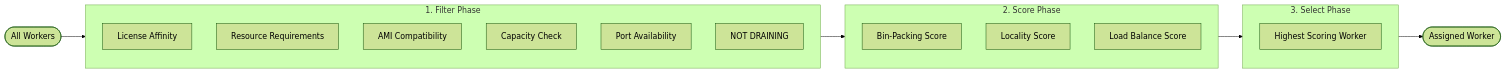
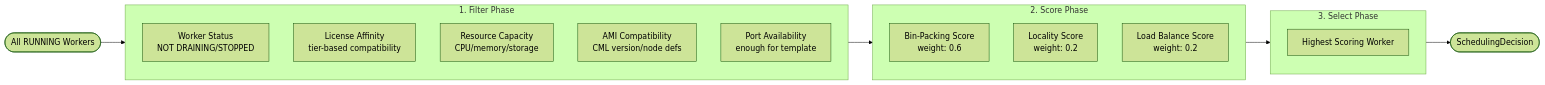
The fourth of 6 diagrams in docs/architecture/components/resource-scheduler/index.md (bvandewe/cml-cloud-manager), drawn with Mermaid (forest theme) before and after one commit. The commit also changed other lines of this file and 689 other files, not shown here.

````diff
--- a/docs/architecture/components/resource-scheduler/index.md
+++ b/docs/architecture/components/resource-scheduler/index.md
@@ -114,26 +166,25 @@
 ```mermaid
 flowchart LR
     subgraph Filter ["1. Filter Phase"]
-        F1[License Affinity]
-        F2[Resource Requirements]
-        F3[AMI Compatibility]
-        F4[Capacity Check]
-        F5[Port Availability]
-        F6[NOT DRAINING]
+        F1[Worker Status<br/>NOT DRAINING/STOPPED]
+        F2[License Affinity<br/>tier-based compatibility]
+        F3[Resource Capacity<br/>CPU/memory/storage]
+        F4[AMI Compatibility<br/>CML version/node defs]
+        F5[Port Availability<br/>enough for template]
     end
 
     subgraph Score ["2. Score Phase"]
-        S1[Bin-Packing Score]
-        S2[Locality Score]
-        S3[Load Balance Score]
+        S1[Bin-Packing Score<br/>weight: 0.6]
+        S2[Locality Score<br/>weight: 0.2]
+        S3[Load Balance Score<br/>weight: 0.2]
     end
 
     subgraph Select ["3. Select Phase"]
         SEL[Highest Scoring Worker]
     end
 
-    Workers([All Workers]) --> Filter
+    Workers([All RUNNING Workers]) --> Filter
     Filter --> Score
     Score --> Select
-    Select --> Assigned([Assigned Worker])
+    Select --> Decision([SchedulingDecision])
 ```
````
